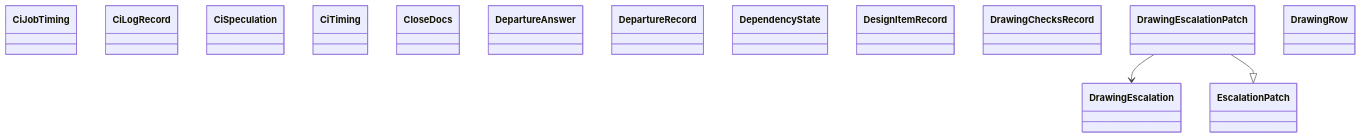
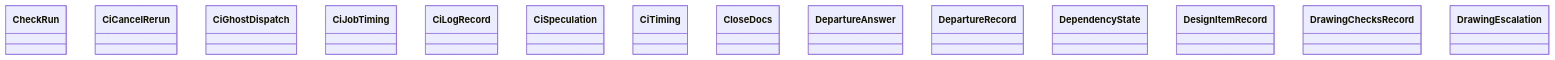
One commit to GonzaloZevallos/agentic-system changed the diagram in docs/architecture/generated/classes-process-domain-state-5.md. Above: the diagram before and after it, drawn with Mermaid. The commit also changed other lines of this file and 15 other files, not shown here.

````diff
--- a/docs/architecture/generated/classes-process-domain-state-5.md
+++ b/docs/architecture/generated/classes-process-domain-state-5.md
@@ -32,19 +32,17 @@
 ```mermaid
 classDiagram
+    class task__CheckRun["CheckRun"]
+    class task__CiCancelRerun["CiCancelRerun"]
+    class task__CiGhostDispatch["CiGhostDispatch"]
     class task__CiJobTiming["CiJobTiming"]
     class task__CiLogRecord["CiLogRecord"]
     class task__CiSpeculation["CiSpeculation"]
     class task__CiTiming["CiTiming"]
     class task__CloseDocs["CloseDocs"]
     class task__DepartureAnswer["DepartureAnswer"]
     class task__DepartureRecord["DepartureRecord"]
     class task__DependencyState["DependencyState"]
     class task__DesignItemRecord["DesignItemRecord"]
     class task__DrawingChecksRecord["DrawingChecksRecord"]
     class task__DrawingEscalation["DrawingEscalation"]
-    class task__DrawingEscalationPatch["DrawingEscalationPatch"]
-    class task__DrawingRow["DrawingRow"]
-    class task__EscalationPatch["EscalationPatch"]
-    task__DrawingEscalationPatch --> task__DrawingEscalation
-    task__DrawingEscalationPatch --|> task__EscalationPatch
 ```
````
